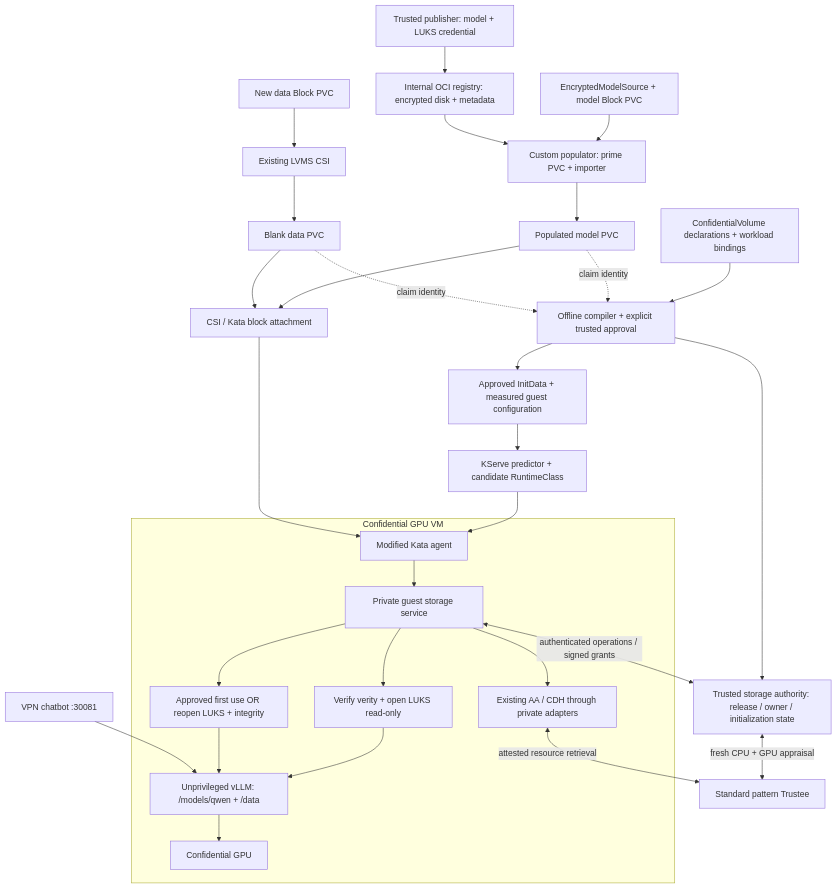
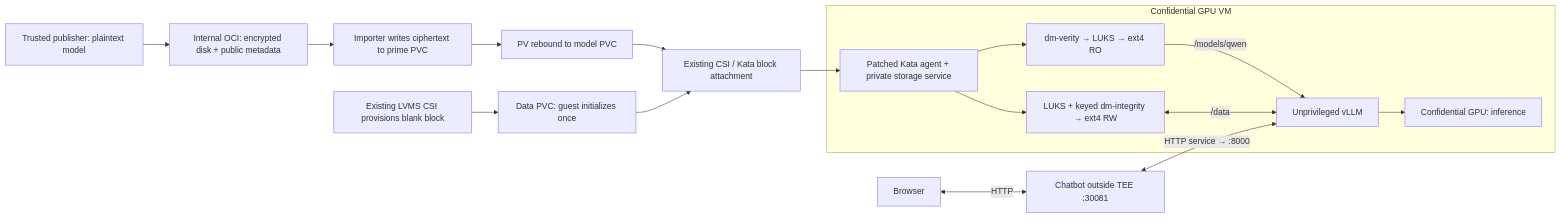
One commit to gurvinder/coco-pattern-edge-rtx6k changed the first of 2 diagrams in docs/confidential-storage/qwen-storage-walkthrough-and-gaps.md. Above: the diagram before and after it, drawn with Mermaid. The commit also changed other lines of this file and 3 other files, not shown here.

Commit message:
docs(storage): document implemented data paths and platform gaps

````diff
--- a/docs/confidential-storage/qwen-storage-walkthrough-and-gaps.md
+++ b/docs/confidential-storage/qwen-storage-walkthrough-and-gaps.md
@@ -300,32 +319,19 @@
 ```mermaid
-flowchart TB
-  Publisher["Trusted publisher: model + LUKS credential"] --> Registry["Internal OCI registry: encrypted disk + metadata"]
-  Source["EncryptedModelSource + model Block PVC"] --> Populator["Custom populator: prime PVC + importer"]
-  Registry --> Populator
-  Populator --> ModelPVC["Populated model PVC"]
-  DataRequest["New data Block PVC"] --> CSI["Existing LVMS CSI"]
-  CSI --> DataPVC["Blank data PVC"]
-  Declarations["ConfidentialVolume declarations + workload bindings"] --> Compile["Offline compiler + explicit trusted approval"]
-  ModelPVC -. "claim identity" .-> Compile
-  DataPVC -. "claim identity" .-> Compile
-  Compile --> Config["Approved InitData + measured guest configuration"]
-  Compile --> Authority["Trusted storage authority: release / owner / initialization state"]
-  Config --> KServe["KServe predictor + candidate RuntimeClass"]
-  ModelPVC --> Attach["CSI / Kata block attachment"]
-  DataPVC --> Attach
-  KServe --> Agent
+flowchart LR
+  Publisher["Trusted publisher: plaintext model"] --> Registry["Internal OCI: encrypted disk + public metadata"]
+  Registry --> Importer["Importer writes ciphertext to prime PVC"]
+  Importer --> Model["PV rebound to model PVC"]
+  CSI["Existing LVMS CSI provisions blank block"] --> Data["Data PVC: guest initializes once"]
+  Model --> Attach["Existing CSI / Kata block attachment"]
+  Data --> Attach
   Attach --> Agent
   subgraph TEE["Confidential GPU VM"]
-    Agent["Modified Kata agent"] --> Storage["Private guest storage service"]
-    Storage --> CDH["Existing AA / CDH through private adapters"]
-    Storage --> RO["Verify verity + open LUKS read-only"]
-    Storage --> RW["Approved first use OR reopen LUKS + integrity"]
-    RO --> App["Unprivileged vLLM: /models/qwen + /data"]
-    RW --> App
-    App --> GPU["Confidential GPU"]
+    Agent["Patched Kata agent + private storage service"] --> RO["dm-verity → LUKS → ext4 RO"]
+    Agent --> RW["LUKS + keyed dm-integrity → ext4 RW"]
+    RO -->|"/models/qwen"| App["Unprivileged vLLM"]
+    RW <-->|"/data"| App
+    App --> GPU["Confidential GPU: inference"]
   end
-  Storage <-->|"authenticated operations / signed grants"| Authority
-  Authority <-->|"fresh CPU + GPU appraisal"| Trustee["Standard pattern Trustee"]
-  CDH <-->|"attested resource retrieval"| Trustee
-  Chat["VPN chatbot :30081"] --> App
+  Browser["Browser"] <-->|"HTTP"| Chat["Chatbot outside TEE :30081"]
+  Chat <-->|"HTTP service → :8000"| App
 ```
````
